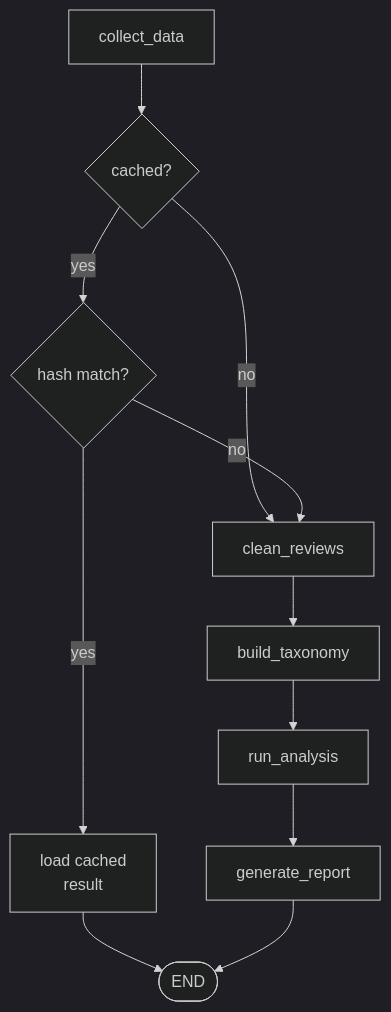
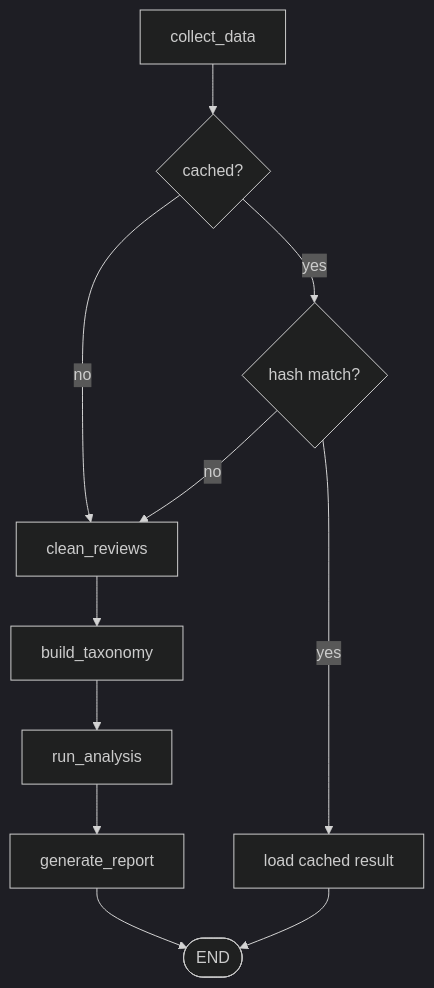
The first of 4 diagrams in README.md (dianakang/voc-intelligence-platform), drawn with Mermaid (dark theme) before and after one commit. The commit also changed other lines of this file and 1 other file, not shown here.

````diff
--- a/README.md
+++ b/README.md
@@ -15,13 +11,10 @@
 ```mermaid
 flowchart TD
     A[collect_data] --> R{cached?}
     R -->|no| C[clean_reviews]
     R -->|yes| H{hash match?}
-    H -->|yes| B["load cached<br/>result"]
+    H -->|yes| B[load cached result]
     H -->|no| C
-    C --> D[build_taxonomy]
-    D --> E[run_analysis]
-    E --> F[generate_report]
-    B --> G([END])
-    F --> G
+    C --> D[build_taxonomy] --> E[run_analysis] --> F[generate_report] --> G([END])
+    B --> G
 ```
````
